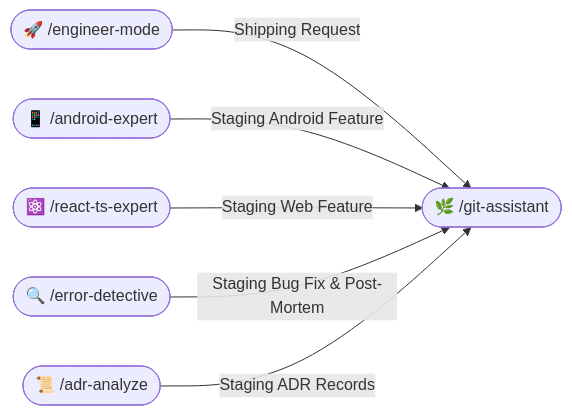
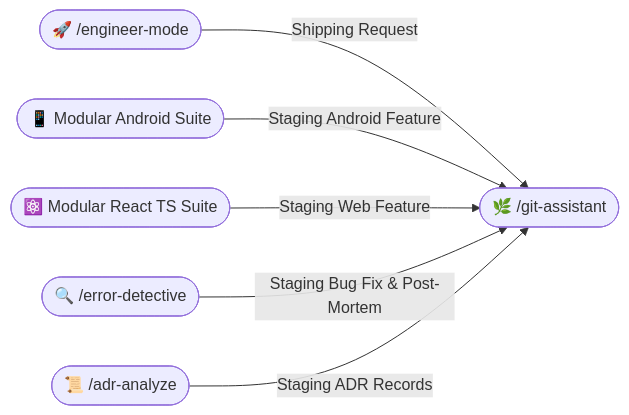
The diagram in git-skills/git-assistant/SKILL.md (RidhwanAF/AI-Agent-Skills), drawn with Mermaid before and after one commit. The commit also changed 17 other files, not shown here.

````diff
--- a/git-skills/git-assistant/SKILL.md
+++ b/git-skills/git-assistant/SKILL.md
@@ -14,16 +14,16 @@
 ```mermaid
 flowchart LR
     GA(["🌿 /git-assistant"])
     
     EM(["🚀 /engineer-mode"])
-    AE(["📱 /android-expert"])
-    RE(["⚛️ /react-ts-expert"])
+    AA(["📱 Modular Android Suite"])
+    RA(["⚛️ Modular React TS Suite"])
     ED(["🔍 /error-detective"])
     ADR(["📜 /adr-analyze"])
 
     EM -->|Shipping Request| GA
-    AE -->|Staging Android Feature| GA
-    RE -->|Staging Web Feature| GA
+    AA -->|Staging Android Feature| GA
+    RA -->|Staging Web Feature| GA
     ED -->|Staging Bug Fix & Post-Mortem| GA
     ADR -->|Staging ADR Records| GA
 ```
````
